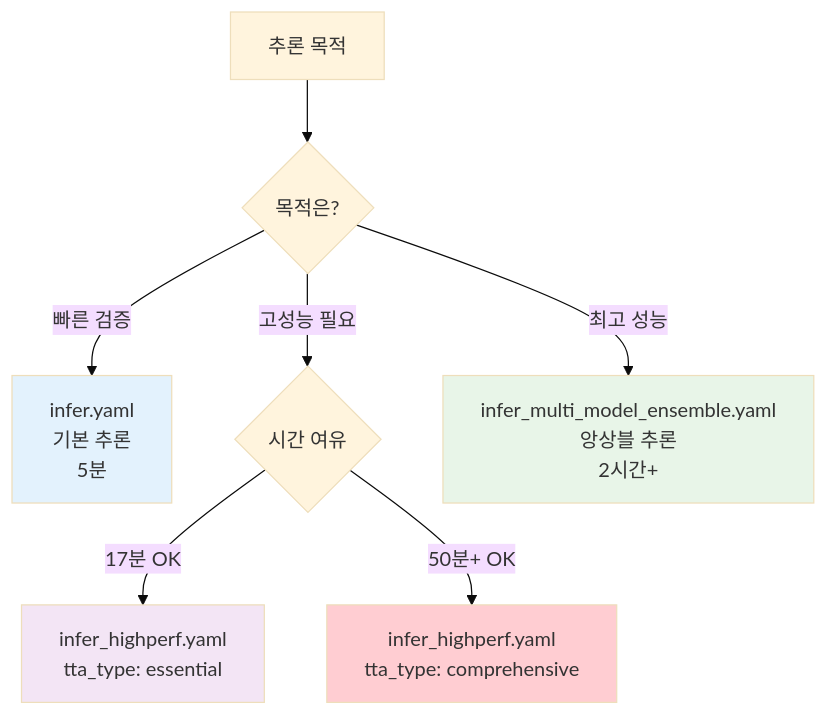
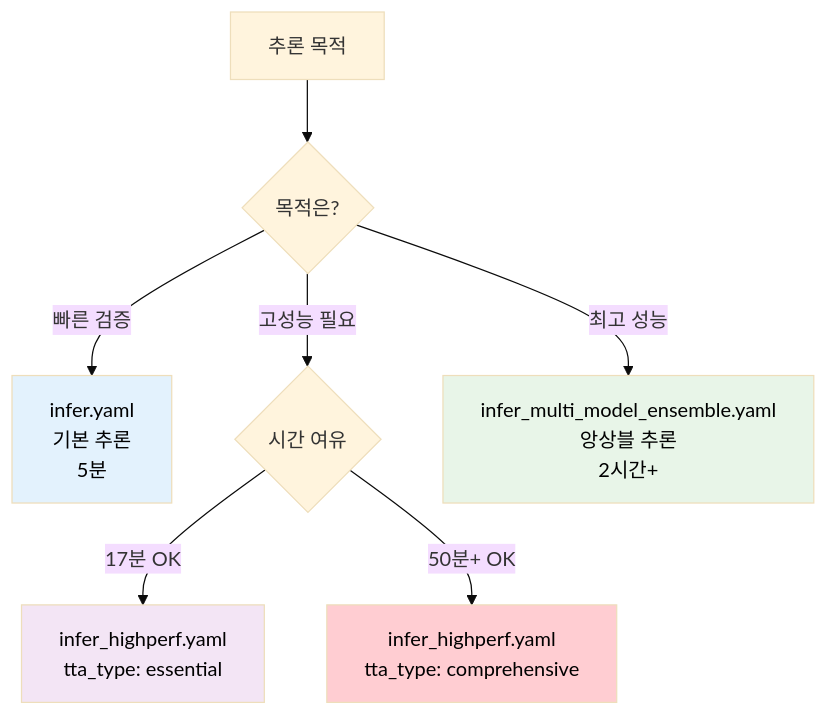
The second of 3 diagrams in docs/configs_폴더_설정 파일_생성/추론_설정_파일_생성_가이드.md (nimnusmik/CV_documents_classification_competition), drawn with Mermaid (base theme) before and after one commit. The commit also changed other lines of this file and 11 other files, not shown here.

Commit message:
docs: mermaid 글자 색상 명확한 검정색으로 수정

````diff
--- a/docs/configs_폴더_설정 파일_생성/추론_설정_파일_생성_가이드.md
+++ b/docs/configs_폴더_설정 파일_생성/추론_설정_파일_생성_가이드.md
@@ -87,16 +87,16 @@
 ```mermaid
 flowchart TD
     A[추론 목적] --> B{목적은?}
     
     B -->|빠른 검증| C[infer.yaml<br/>기본 추론<br/>5분]
     B -->|고성능 필요| D{시간 여유}
     B -->|최고 성능| E[infer_multi_model_ensemble.yaml<br/>앙상블 추론<br/>2시간+]
     
     D -->|17분 OK| F[infer_highperf.yaml<br/>tta_type: essential]
     D -->|50분+ OK| G[infer_highperf.yaml<br/>tta_type: comprehensive]
     
-    style C fill:#e3f2fd
-    style F fill:#f3e5f5
-    style G fill:#ffcdd2
-    style E fill:#e8f5e8
+    style C fill:#e3f2fd, color:#000000
+    style F fill:#f3e5f5, color:#000000
+    style G fill:#ffcdd2, color:#000000
+    style E fill:#e8f5e8, color:#000000
 ```
````
